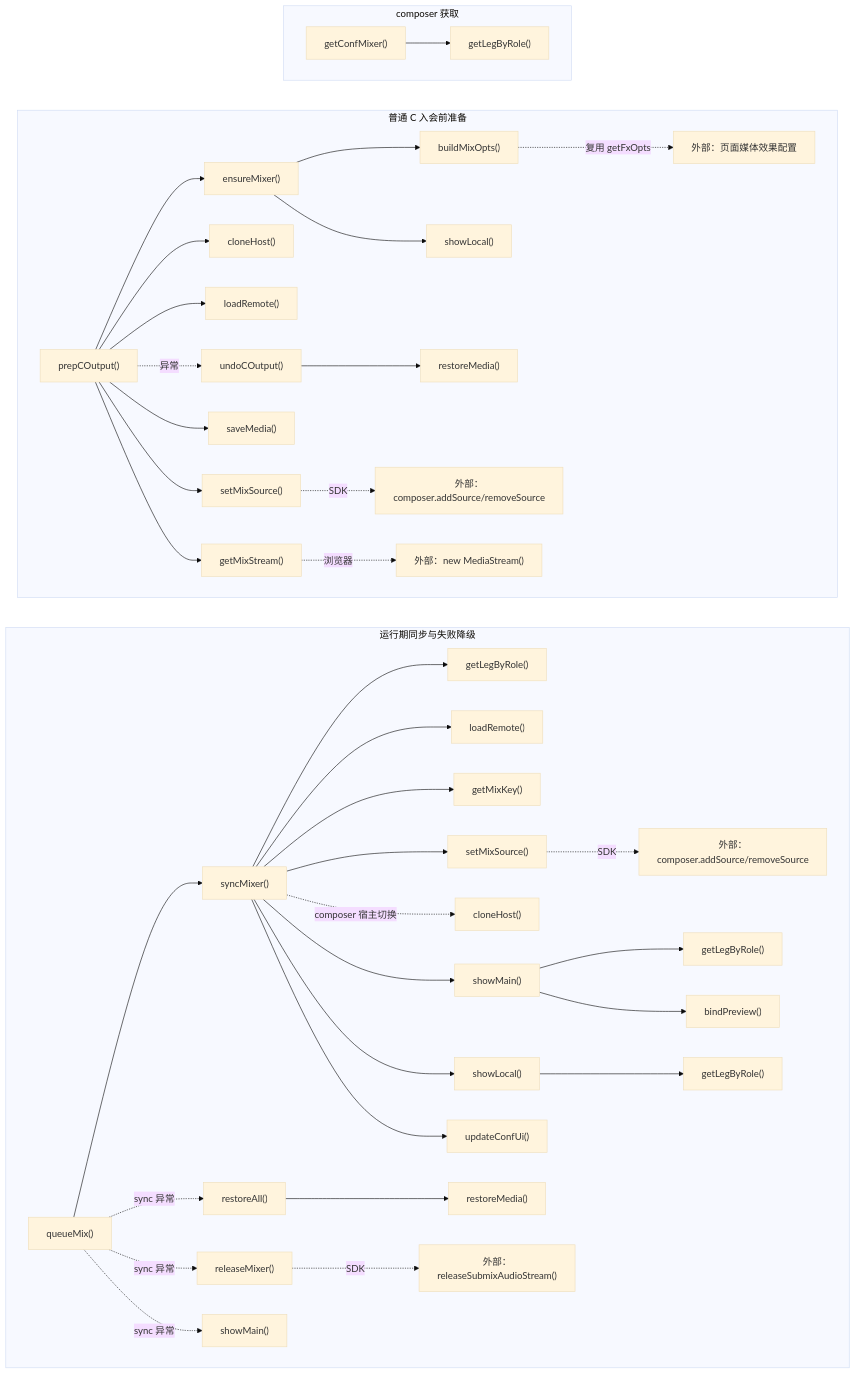
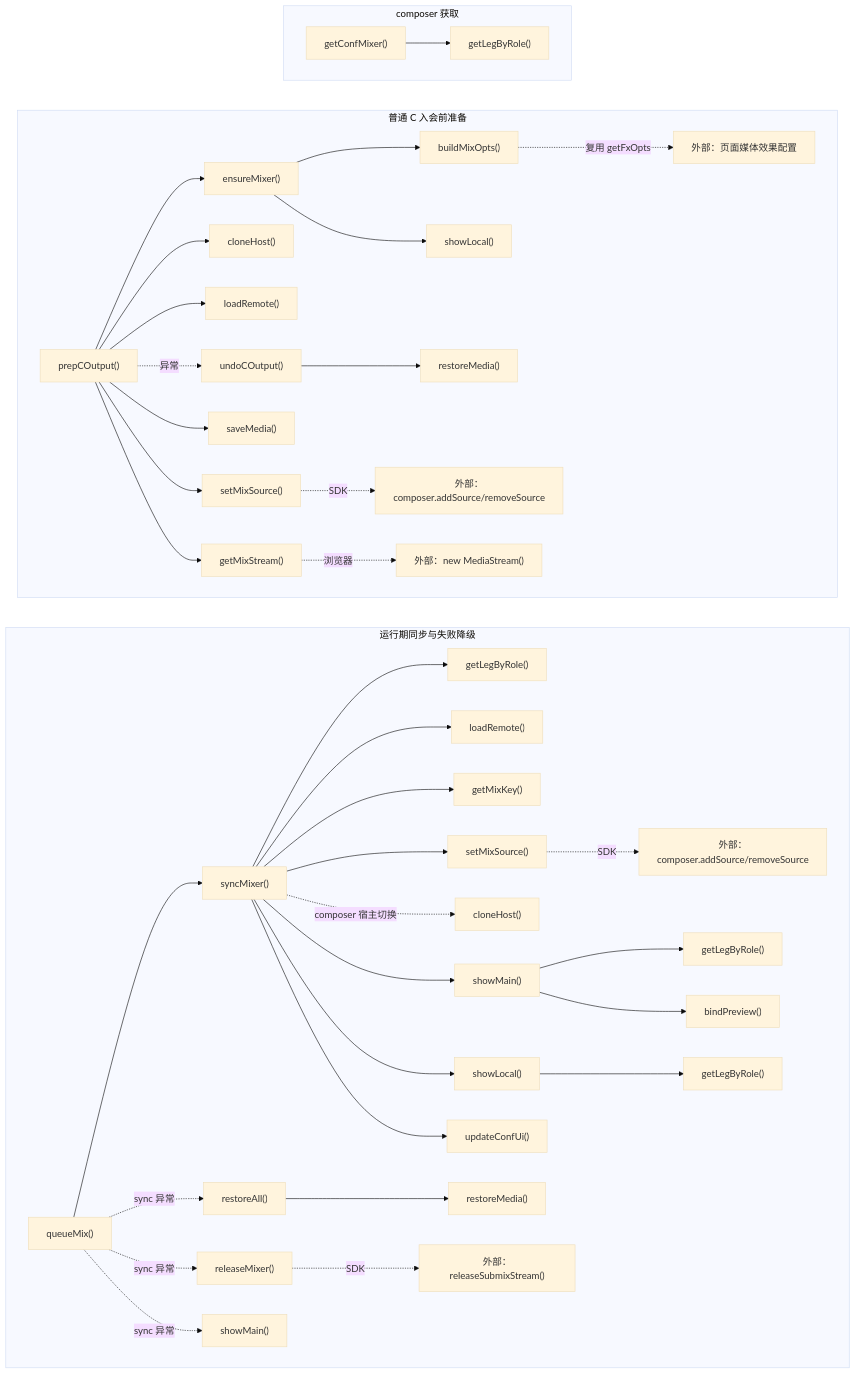
Diagram 16 of 20 in docs/app-conference-guide.md (lei40251/JsSIP), drawn with Mermaid (base theme) before and after one commit. The commit also changed other lines of this file and 40 other files, not shown here.

````diff
--- a/docs/app-conference-guide.md
+++ b/docs/app-conference-guide.md
@@ -1204,49 +1204,49 @@
 ```mermaid
 flowchart TB
   subgraph LOOKUP_FLOW["composer 获取"]
     direction LR
     GET["getConfMixer()"] --> BYROLE_GET["getLegByRole()"]
   end
 
   subgraph PREP_FLOW["普通 C 入会前准备"]
     direction LR
     PREPARE["prepCOutput()"] --> ENSURE["ensureMixer()"]
     PREPARE --> CLONE_PREP["cloneHost()"]
     PREPARE --> HYDRATE_PREP["loadRemote()"]
     PREPARE --> SOURCE_PREP["setMixSource()"]
     PREPARE --> REMEMBER["saveMedia()"]
     PREPARE --> OUTPUT["getMixStream()"]
     PREPARE -.->|"异常"| ROLLBACK["undoCOutput()"]
     ENSURE --> OPT["buildMixOpts()"]
     ENSURE --> LOCAL_PREP["showLocal()"]
     OPT -.->|"复用 getFxOpts"| EXTOPT["外部：页面媒体效果配置"]
     ROLLBACK --> RESTORE_ONE_PREP["restoreMedia()"]
     SOURCE_PREP -.->|"SDK"| ADDREMOVE_PREP["外部：composer.addSource/removeSource"]
     OUTPUT -.->|"浏览器"| STREAM["外部：new MediaStream()"]
   end
 
   subgraph SYNC_FLOW["运行期同步与失败降级"]
     direction LR
     SCHEDULE["queueMix()"] --> SYNC["syncMixer()"]
     SCHEDULE -.->|"sync 异常"| RESTORE_ALL["restoreAll()"]
     SCHEDULE -.->|"sync 异常"| RELEASE["releaseMixer()"]
     SCHEDULE -.->|"sync 异常"| MAIN_FAIL["showMain()"]
     SYNC --> BYROLE_SYNC["getLegByRole()"]
     SYNC --> HYDRATE_SYNC["loadRemote()"]
     SYNC --> SIGN["getMixKey()"]
     SYNC --> SOURCE_SYNC["setMixSource()"]
     SYNC -.->|"composer 宿主切换"| CLONE_SYNC["cloneHost()"]
     SYNC --> LOCAL_SYNC["showLocal()"]
     SYNC --> MAIN_SYNC["showMain()"]
     SYNC --> UI["updateConfUi()"]
     RESTORE_ALL --> RESTORE_ONE_SYNC["restoreMedia()"]
-    RELEASE -.->|"SDK"| SUBMIX["外部：releaseSubmixAudioStream()"]
+    RELEASE -.->|"SDK"| SUBMIX["外部：releaseSubmixStream()"]
     SOURCE_SYNC -.->|"SDK"| ADDREMOVE_SYNC["外部：composer.addSource/removeSource"]
     MAIN_SYNC --> BYROLE_MAIN["getLegByRole()"]
     MAIN_SYNC --> PREVIEW["bindPreview()"]
     LOCAL_SYNC --> BYROLE_LOCAL["getLegByRole()"]
   end
 
   LOOKUP_FLOW ~~~ PREP_FLOW
   PREP_FLOW ~~~ SYNC_FLOW
 ```
````
